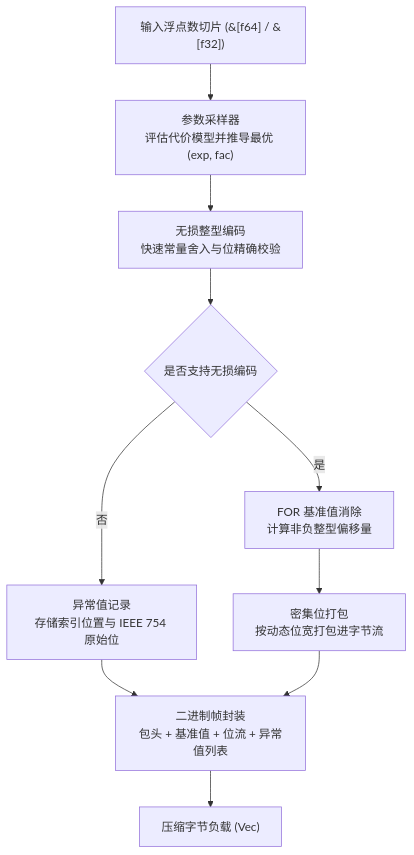
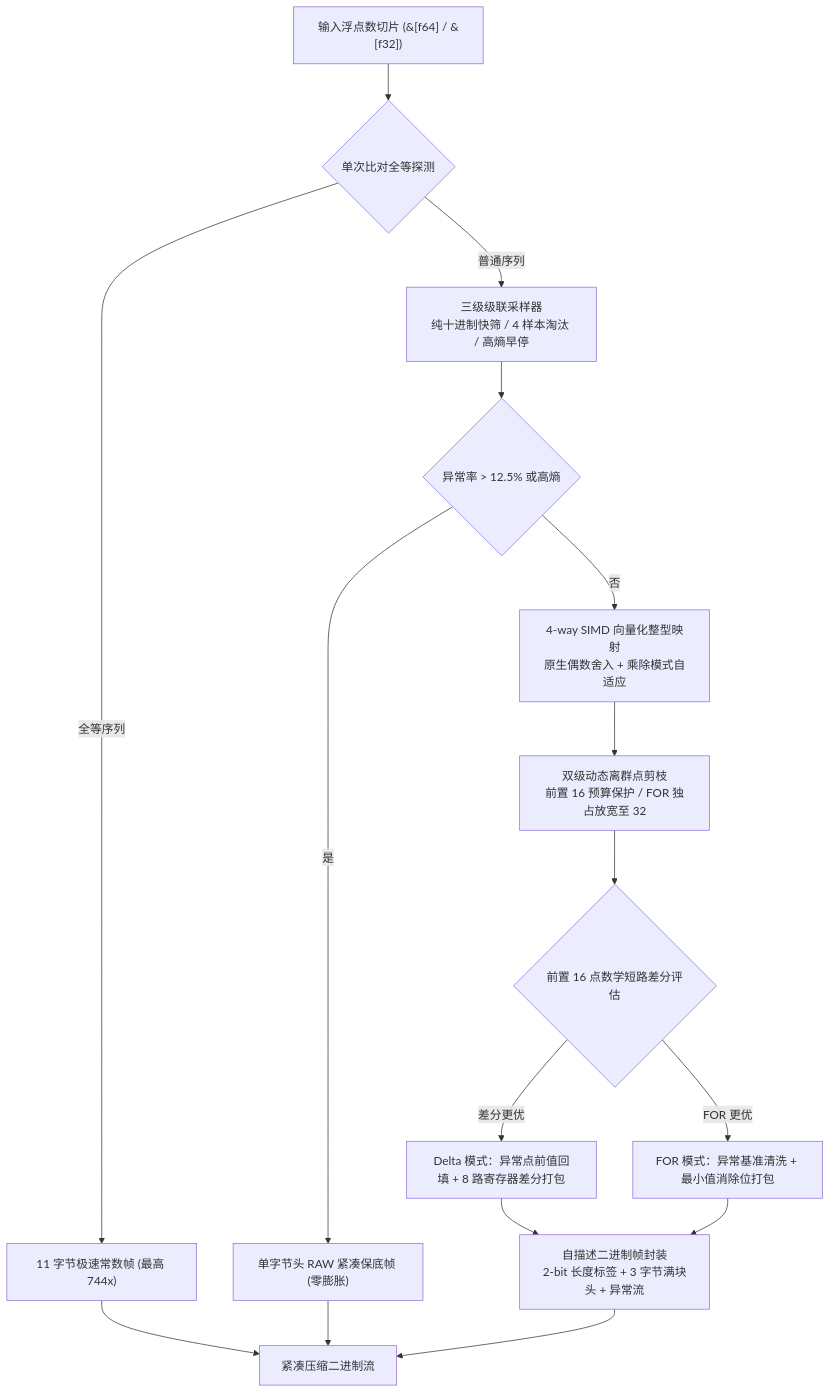
The second of 2 diagrams in fastalp/README.md (webc-site/fastalp), drawn with Mermaid before and after one commit. The commit also changed other lines of this file and 11 other files, not shown here.

Commit message:
docs: detail architecture upgrade docs against official C++ ALP and optimize outlier pruning hot loop 文档: 对照 C++ 官方实现细化架构升级文档并优化离群点剪枝热循环

````diff
--- a/fastalp/README.md
+++ b/fastalp/README.md
@@ -1024,12 +1087,18 @@
 ```mermaid
 graph TD
-  Input["输入浮点数切片 (&[f64] / &[f32])"] --> Sampler["参数采样器<br/>评估代价模型并推导最优 (exp, fac)"]
-  Sampler --> Encoder["无损整型编码<br/>快速常量舍入与位精确校验"]
-  Encoder --> Split{"是否支持无损编码"}
-  Split -- 是 --> IntStream["FOR 基准值消除<br/>计算非负整型偏移量"]
-  Split -- 否 --> ExcStream["异常值记录<br/>存储索引位置与 IEEE 754 原始位"]
-  IntStream --> Bitpacker["密集位打包<br/>按动态位宽打包进字节流"]
-  ExcStream --> Frame["二进制帧封装<br/>包头 + 基准值 + 位流 + 异常值列表"]
-  Bitpacker --> Frame
-  Frame --> Output["压缩字节负载 (Vec<u8>)"]
+  Input["输入浮点数切片 (&[f64] / &[f32])"] --> Identical{"单次比对全等探测"}
+  Identical -- 全等序列 --> FastConst["11 字节极速常数帧 (最高 744x)"]
+  Identical -- 普通序列 --> Sampler["三级级联采样器<br/>纯十进制快筛 / 4 样本淘汰 / 高熵早停"]
+  Sampler --> NegCheck{"异常率 > 12.5% 或高熵"}
+  NegCheck -- 是 --> RawFrame["单字节头 RAW 紧凑保底帧 (零膨胀)"]
+  NegCheck -- 否 --> SimdKernel["4-way SIMD 向量化整型映射<br/>原生偶数舍入 + 乘除模式自适应"]
+  SimdKernel --> DiffPrune["双级动态离群点剪枝<br/>前置 16 预算保护 / FOR 独占放宽至 32"]
+  DiffPrune --> DeltaJudge{"前置 16 点数学短路差分评估"}
+  DeltaJudge -- 差分更优 --> DeltaPack["Delta 模式：异常点前值回填 + 8 路寄存器差分打包"]
+  DeltaJudge -- FOR 更优 --> ForPack["FOR 模式：异常基准清洗 + 最小值消除位打包"]
+  DeltaPack --> FrameAssemble["自描述二进制帧封装<br/>2-bit 长度标签 + 3 字节满块头 + 异常流"]
+  ForPack --> FrameAssemble
+  FastConst --> Output["紧凑压缩二进制流"]
+  RawFrame --> Output
+  FrameAssemble --> Output
 ```
````
